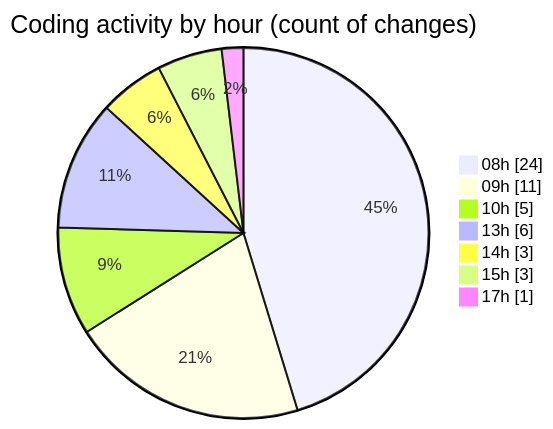
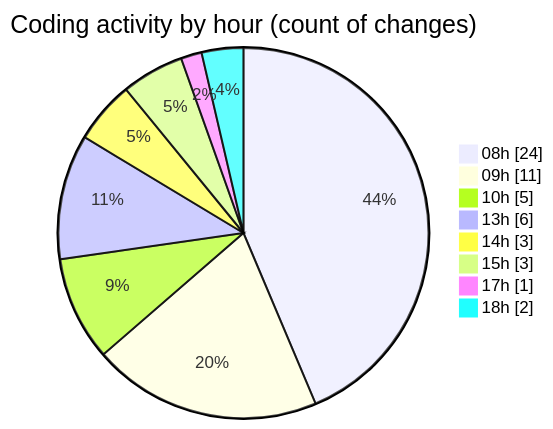
Before and after one commit to Elitesun/code-tracking: the second of 2 diagrams in 2025-05-12/niten/README.md, drawn with Mermaid. The commit also changed other lines of this file and 1 other file, not shown here.

````diff
--- a/2025-05-12/niten/README.md
+++ b/2025-05-12/niten/README.md
@@ -54,11 +55,12 @@
 ```mermaid
 pie showData
 title Coding activity by hour (count of changes)
 "08h" : 24
 "09h" : 11
 "10h" : 5
 "13h" : 6
 "14h" : 3
 "15h" : 3
 "17h" : 1
+"18h" : 2
 ```
````
